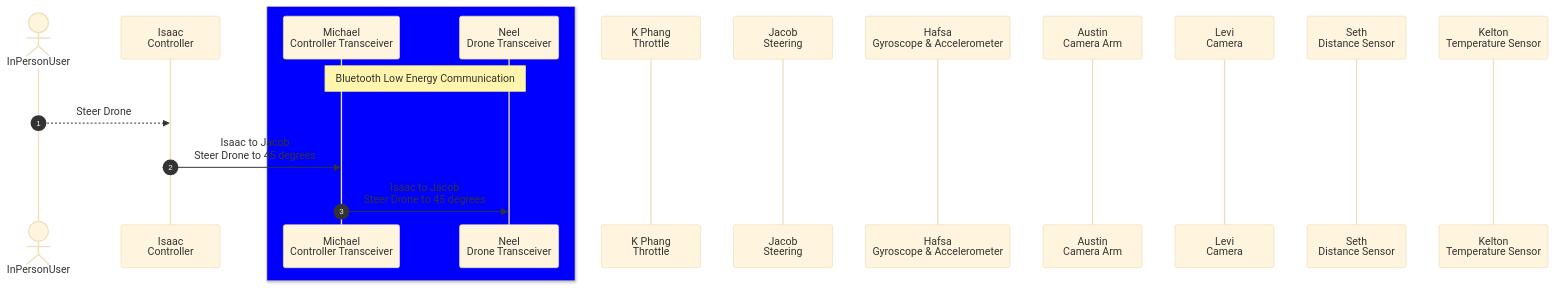
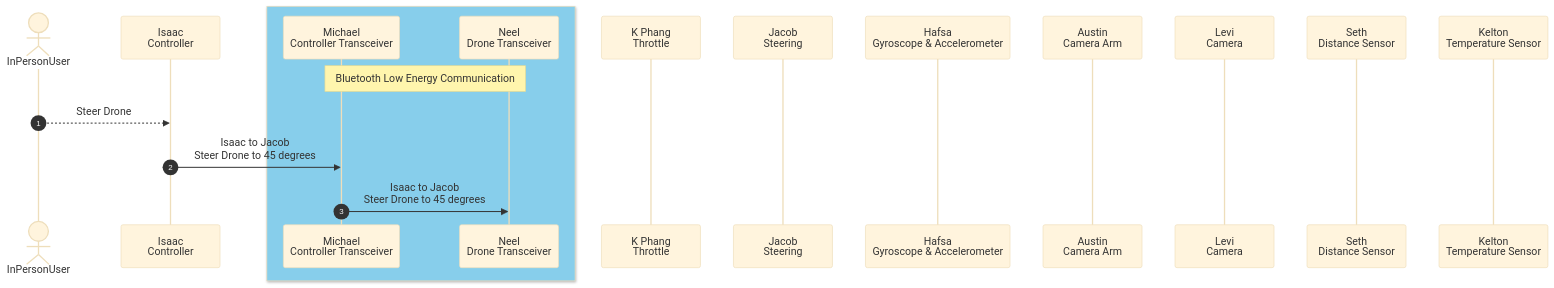
One commit to HFSKSN/hfsksn.github.io changed the fourth of 4 diagrams in docs/Appendix/04-Examples-to-Remove/charts.md. Above: the diagram before and after it, drawn with Mermaid (base theme).

````diff
--- a/docs/Appendix/04-Examples-to-Remove/charts.md
+++ b/docs/Appendix/04-Examples-to-Remove/charts.md
@@ -43,23 +43,23 @@
 ``` mermaid
 sequenceDiagram
   autonumber
   actor U as InPersonUser
   participant I as Isaac<br/>Controller
-  box Blue
+  box SkyBlue
   participant M as Michael<br/>Controller Transceiver
   participant N as Neel<br/>Drone Transceiver
   end
   participant P as K Phang<br/>Throttle
   participant J as Jacob<br/>Steering
   participant H as Hafsa<br/>Gyroscope & Accelerometer
   participant A as Austin<br/>Camera Arm
   participant L as Levi<br/>Camera
   participant S as Seth<br/>Distance Sensor
   participant K as Kelton<br/>Temperature Sensor
 
   Note over M,N: Bluetooth Low Energy Communication
 
   U-->>I: Steer Drone
   I->>M: Isaac to Jacob<br/>Steer Drone to 45 degrees
   M->>N: Isaac to Jacob<br/>Steer Drone to 45 degrees
 ```
````
